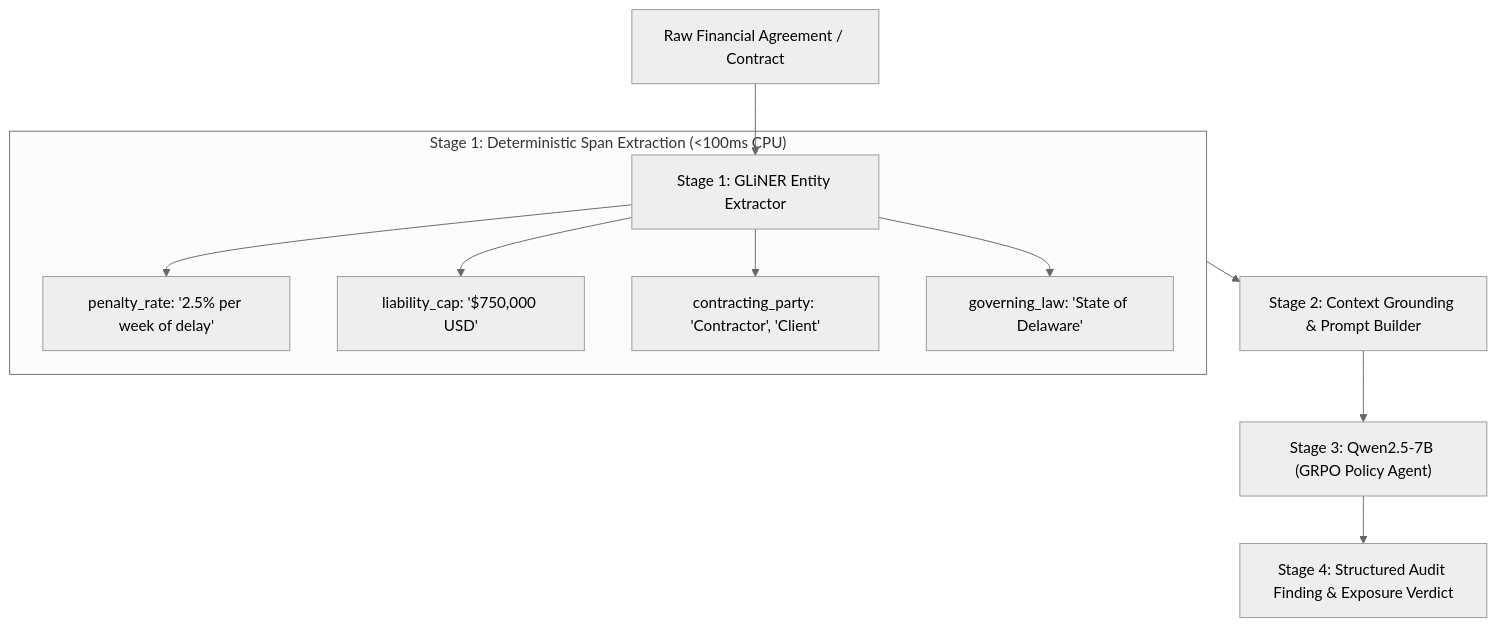
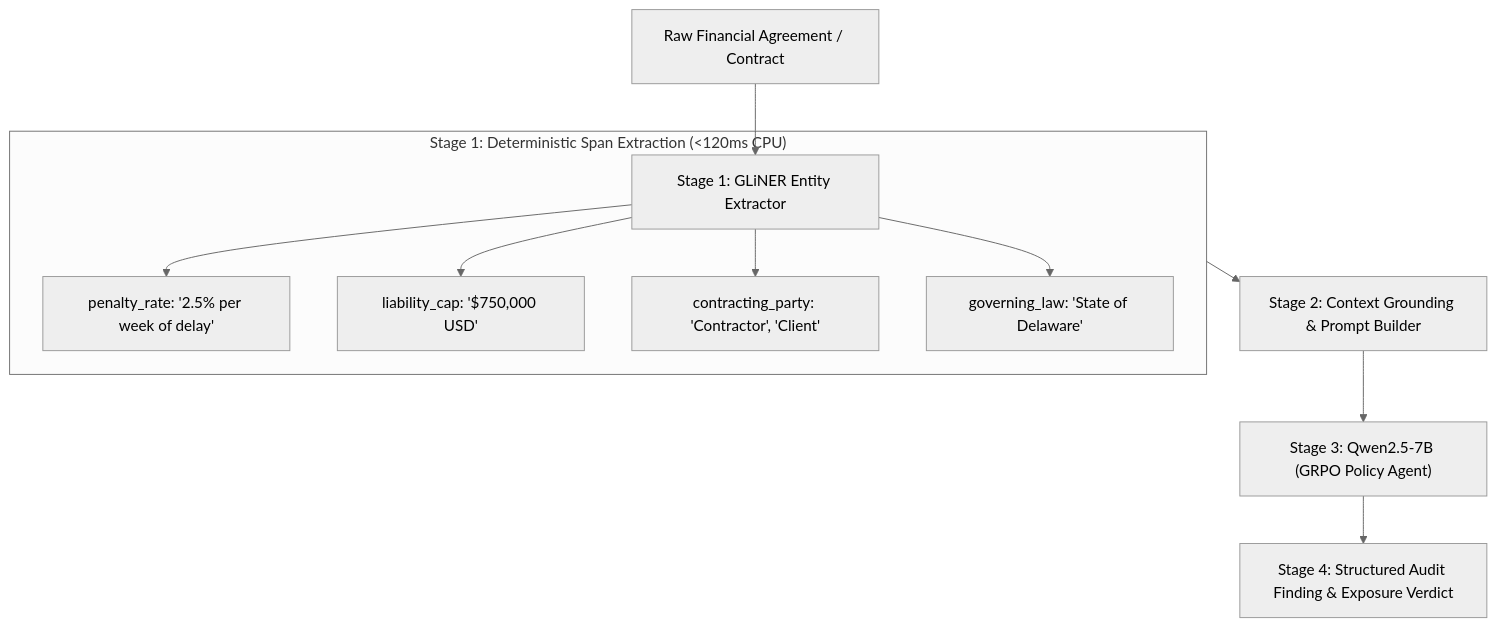
The diagram in README.md (kushagrakushwah/llm-financial-analyst-agent), drawn with Mermaid (neutral theme) before and after one commit. The commit also changed other lines of this file and 13 other files, not shown here.

Commit message:
feat: real-world CUAD dataset evaluation, clean institutional frontend, GLiNER & TabPFN lab, and updated PDF documentation

````diff
--- a/README.md
+++ b/README.md
@@ -19,15 +19,15 @@
 ```mermaid
 flowchart TD
     Doc["Raw Financial Agreement / Contract"] --> GL["Stage 1: GLiNER Entity Extractor"]
 
-    subgraph GLiNER_Layer["Stage 1: Deterministic Span Extraction (<100ms CPU)"]
+    subgraph GLiNER_Layer["Stage 1: Deterministic Span Extraction (<120ms CPU)"]
         GL --> S1["penalty_rate: '2.5% per week of delay'"]
         GL --> S2["liability_cap: '$750,000 USD'"]
         GL --> S3["contracting_party: 'Contractor', 'Client'"]
         GL --> S4["governing_law: 'State of Delaware'"]
     end
 
     GLiNER_Layer --> PromptBuilder["Stage 2: Context Grounding & Prompt Builder"]
     PromptBuilder --> LLM["Stage 3: Qwen2.5-7B (GRPO Policy Agent)"]
     LLM --> Verdict["Stage 4: Structured Audit Finding & Exposure Verdict"]
 ```
````
